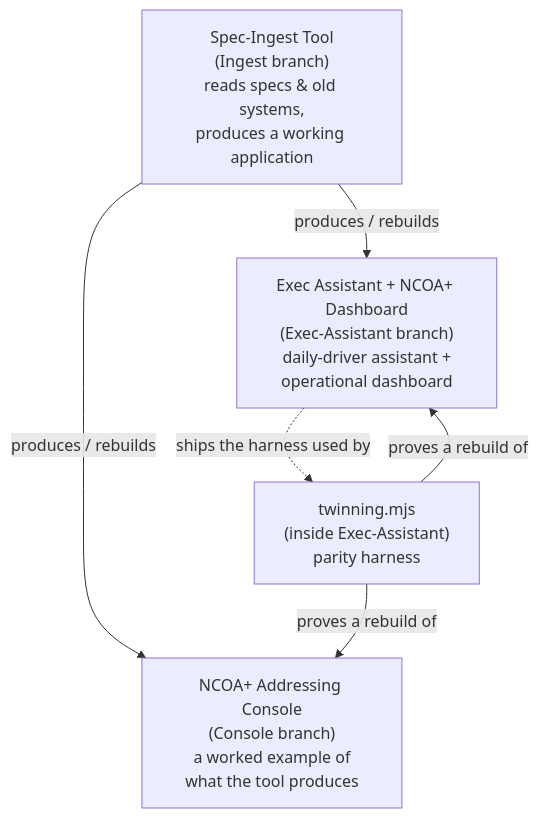
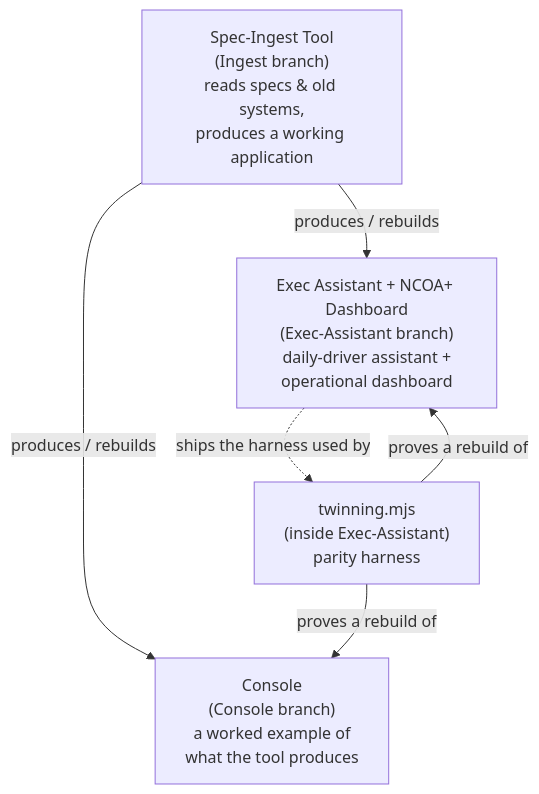
Before and after one commit to andrew-m-clark-usps/Ingest-Architecture-Ex.-Assistant-Console-Builder-Tool: the first of 5 diagrams in README.md, drawn with Mermaid.

Commit message:
Update console branch description in README

````diff
--- a/README.md
+++ b/README.md
@@ -23,13 +23,13 @@
 ```mermaid
 flowchart TB
     SI["Spec-Ingest Tool<br/>(Ingest branch)<br/>reads specs &amp; old systems,<br/>produces a working application"]
-    CO["NCOA+ Addressing Console<br/>(Console branch)<br/>a worked example of<br/>what the tool produces"]
+    CO["Console<br/>(Console branch)<br/>a worked example of<br/>what the tool produces"]
     EA["Exec Assistant + NCOA+ Dashboard<br/>(Exec-Assistant branch)<br/>daily-driver assistant +<br/>operational dashboard"]
     TW["twinning.mjs<br/>(inside Exec-Assistant)<br/>parity harness"]
 
     SI -->|produces / rebuilds| CO
     SI -->|produces / rebuilds| EA
     TW -->|proves a rebuild of| CO
     TW -->|proves a rebuild of| EA
     EA -.->|ships the harness used by| TW
 ```
````
